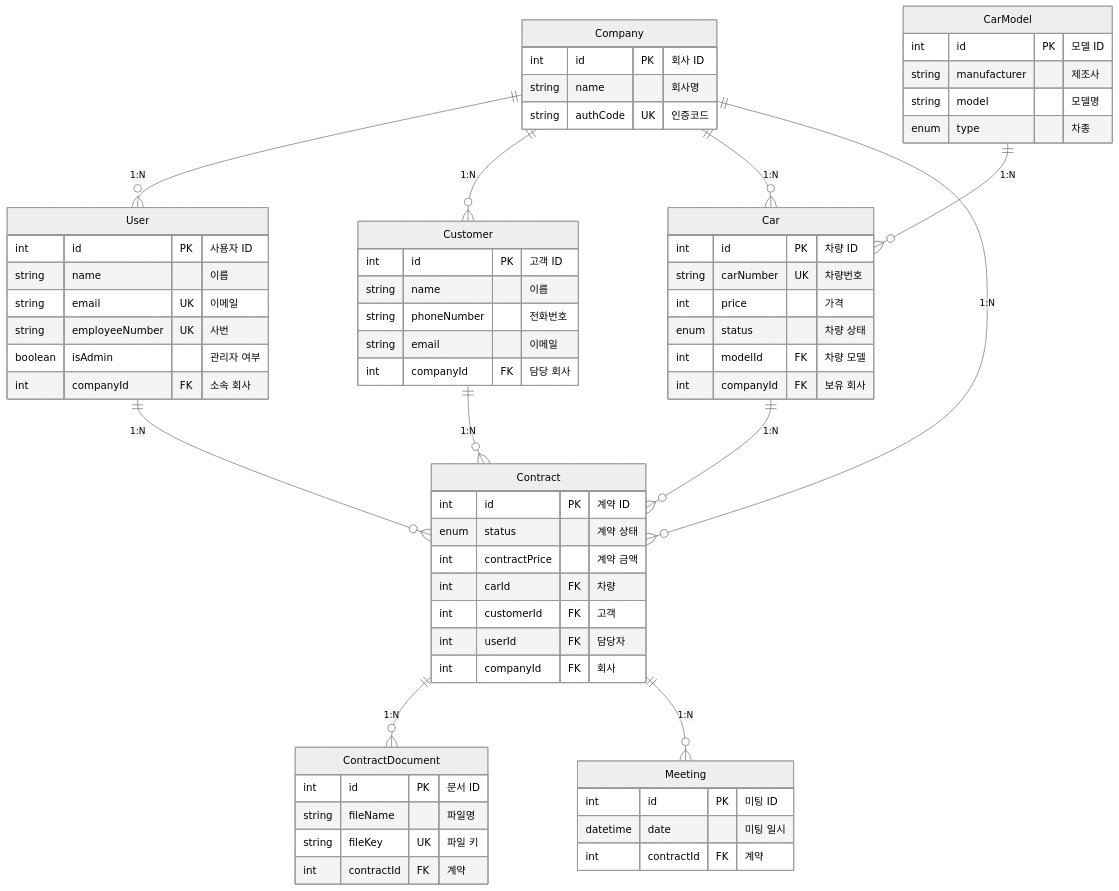
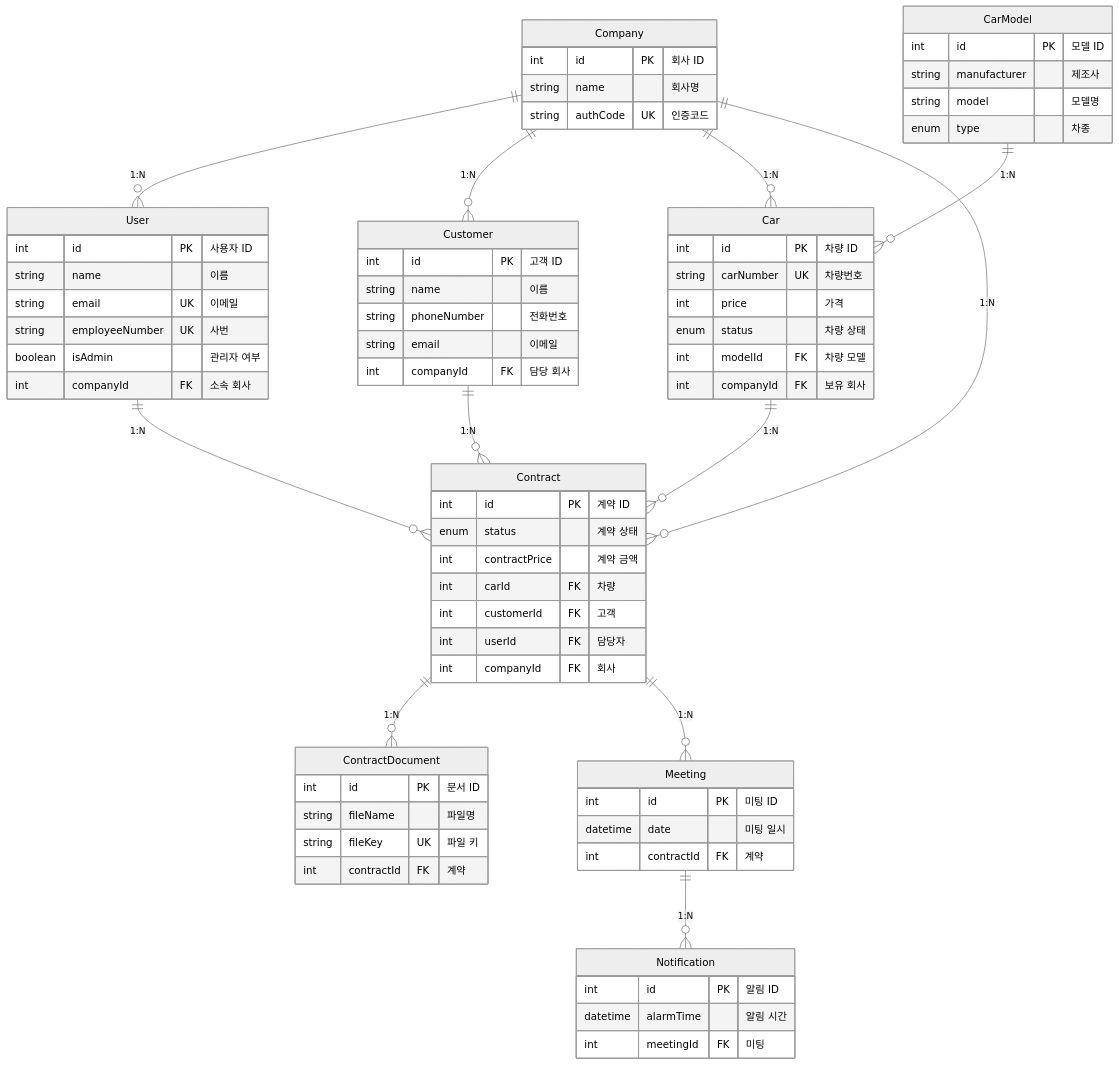
Before and after one commit to DearCarmate-team1/nb04-DearCarmate-team1: the diagram in README.md, drawn with Mermaid (neutral theme).

Commit message:
docs: Add ERD diagram+

````diff
--- a/README.md
+++ b/README.md
@@ -221,6 +221,7 @@
 
     Contract ||--o{ ContractDocument : "1:N"
     Contract ||--o{ Meeting : "1:N"
+    Meeting ||--o{ Notification : "1:N"
 
     Company {
         int id PK "회사 ID"
@@ -283,4 +284,10 @@
         datetime date "미팅 일시"
         int contractId FK "계약"
     }
+
+    Notification {
+        int id PK "알림 ID"
+        datetime alarmTime "알림 시간"
+        int meetingId FK "미팅"
+    }
 ```
````
